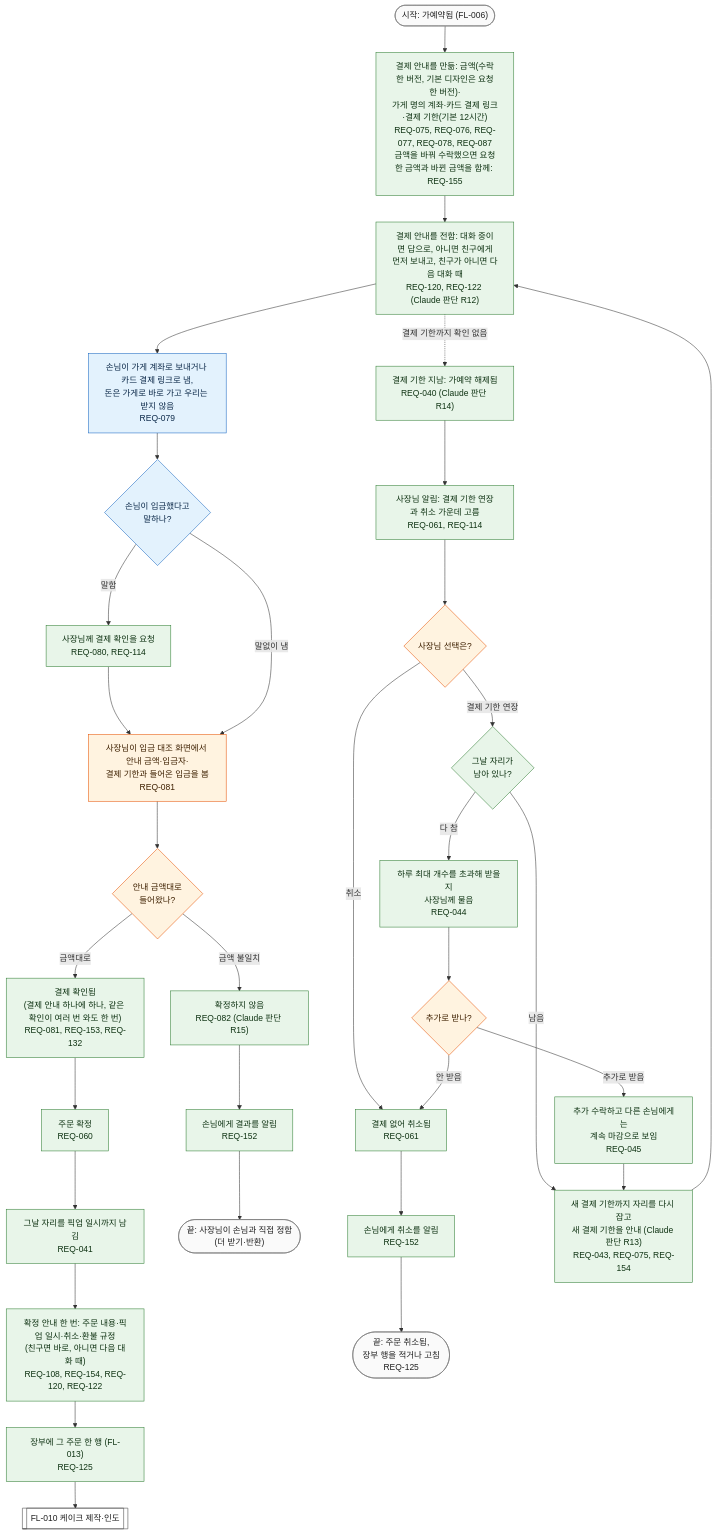
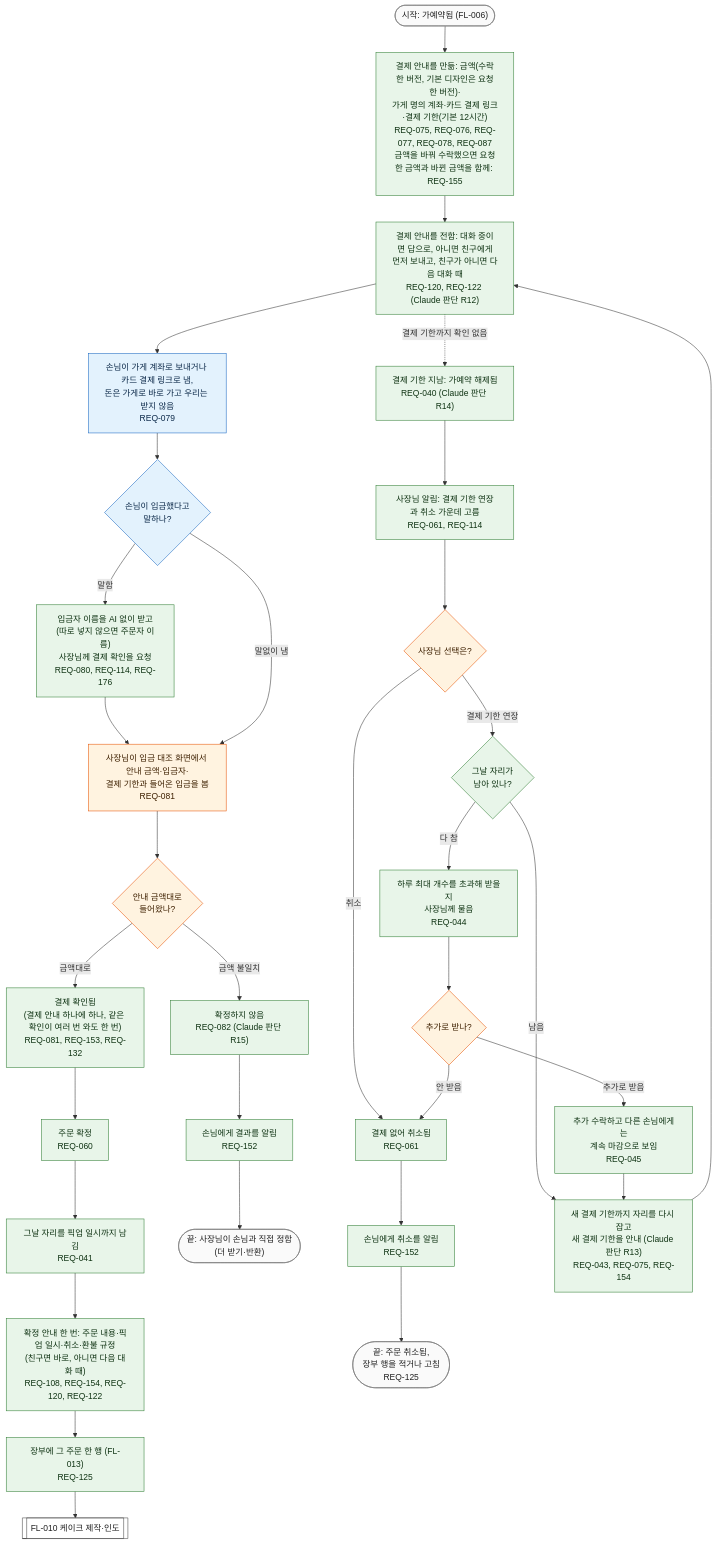
One commit to kodonghui/siljang.ai changed the diagram in docs/03-user-flow/FL-007-pay-and-confirm.md. Above: the diagram before and after it, drawn with Mermaid. The commit also changed other lines of this file and 7 other files, not shown here.

First line of the commit message:
fix: 설계 재검토 H11·H6의 요구사항·플로우·기능 명세를 고침(PR B 1/4)

````diff
--- a/docs/03-user-flow/FL-007-pay-and-confirm.md
+++ b/docs/03-user-flow/FL-007-pay-and-confirm.md
@@ -18,57 +18,57 @@
 ```mermaid
 flowchart TD
   S(["시작: 가예약됨 (FL-006)"])
   P1["결제 안내를 만듦: 금액(수락한 버전, 기본 디자인은 요청한 버전)·<br/>가게 명의 계좌·카드 결제 링크·결제 기한(기본 12시간)<br/>REQ-075, REQ-076, REQ-077, REQ-078, REQ-087<br/>금액을 바꿔 수락했으면 요청한 금액과 바뀐 금액을 함께: REQ-155"]
   P2["결제 안내를 전함: 대화 중이면 답으로, 아니면 친구에게<br/>먼저 보내고, 친구가 아니면 다음 대화 때<br/>REQ-120, REQ-122 (Claude 판단 R12)"]
   P3["손님이 가게 계좌로 보내거나 카드 결제 링크로 냄,<br/>돈은 가게로 바로 가고 우리는 받지 않음<br/>REQ-079"]
   D1{"손님이 입금했다고<br/>말하나?"}
-  P4["사장님께 결제 확인을 요청<br/>REQ-080, REQ-114"]
+  P4["입금자 이름을 AI 없이 받고(따로 넣지 않으면 주문자 이름)<br/>사장님께 결제 확인을 요청<br/>REQ-080, REQ-114, REQ-176"]
   P5["사장님이 입금 대조 화면에서 안내 금액·입금자·<br/>결제 기한과 들어온 입금을 봄<br/>REQ-081"]
   D2{"안내 금액대로<br/>들어왔나?"}
   P6["결제 확인됨<br/>(결제 안내 하나에 하나, 같은 확인이 여러 번 와도 한 번)<br/>REQ-081, REQ-153, REQ-132"]
   P7["주문 확정<br/>REQ-060"]
   P8["그날 자리를 픽업 일시까지 남김<br/>REQ-041"]
   P9["확정 안내 한 번: 주문 내용·픽업 일시·취소·환불 규정<br/>(친구면 바로, 아니면 다음 대화 때)<br/>REQ-108, REQ-154, REQ-120, REQ-122"]
   P10["장부에 그 주문 한 행 (FL-013)<br/>REQ-125"]
   F10[["FL-010 케이크 제작·인도"]]
   P11["확정하지 않음<br/>REQ-082 (Claude 판단 R15)"]
   G2a["손님에게 결과를 알림<br/>REQ-152"]
   E1(["끝: 사장님이 손님과 직접 정함<br/>(더 받기·반환)"])
   T1["결제 기한 지남: 가예약 해제됨<br/>REQ-040 (Claude 판단 R14)"]
   T2["사장님 알림: 결제 기한 연장과 취소 가운데 고름<br/>REQ-061, REQ-114"]
   D3{"사장님 선택은?"}
   T3["결제 없어 취소됨<br/>REQ-061"]
   G2b["손님에게 취소를 알림<br/>REQ-152"]
   E2(["끝: 주문 취소됨,<br/>장부 행을 적거나 고침<br/>REQ-125"])
   D4{"그날 자리가<br/>남아 있나?"}
   T4["새 결제 기한까지 자리를 다시 잡고<br/>새 결제 기한을 안내 (Claude 판단 R13)<br/>REQ-043, REQ-075, REQ-154"]
   T5["하루 최대 개수를 초과해 받을지<br/>사장님께 물음<br/>REQ-044"]
   D5{"추가로 받나?"}
   T6["추가 수락하고 다른 손님에게는<br/>계속 마감으로 보임<br/>REQ-045"]
 
   S --> P1 --> P2 --> P3 --> D1
   D1 -->|"말함"| P4 --> P5
   D1 -->|"말없이 냄"| P5
   P5 --> D2
   D2 -->|"금액대로"| P6 --> P7 --> P8 --> P9 --> P10 --> F10
   D2 -->|"금액 불일치"| P11 --> G2a --> E1
   P2 -.->|"결제 기한까지 확인 없음"| T1 --> T2 --> D3
   D3 -->|"취소"| T3 --> G2b --> E2
   D3 -->|"결제 기한 연장"| D4
   D4 -->|"남음"| T4 --> P2
   D4 -->|"다 참"| T5 --> D5
   D5 -->|"추가로 받음"| T6 --> T4
   D5 -->|"안 받음"| T3
 
   classDef cust fill:#e3f2fd,stroke:#1565c0,color:#0d2a4a
   classDef owner fill:#fff3e0,stroke:#e65100,color:#3e2000
   classDef svc fill:#e8f5e9,stroke:#2e7d32,color:#0f3313
   classDef gap fill:#fffde7,stroke:#f9a825,stroke-dasharray:5 5,color:#4a3b00
   classDef flow fill:#ffffff,stroke:#424242,color:#212121
   classDef term fill:#fafafa,stroke:#757575,color:#212121
   class P3,D1 cust
   class P5,D2,D3,D5 owner
   class P1,P2,P4,P6,P7,P8,P9,P10,P11,T1,T2,T3,D4,T4,T5,T6,G2a,G2b svc
   class F10 flow
   class S,E1,E2 term
 ```
````
